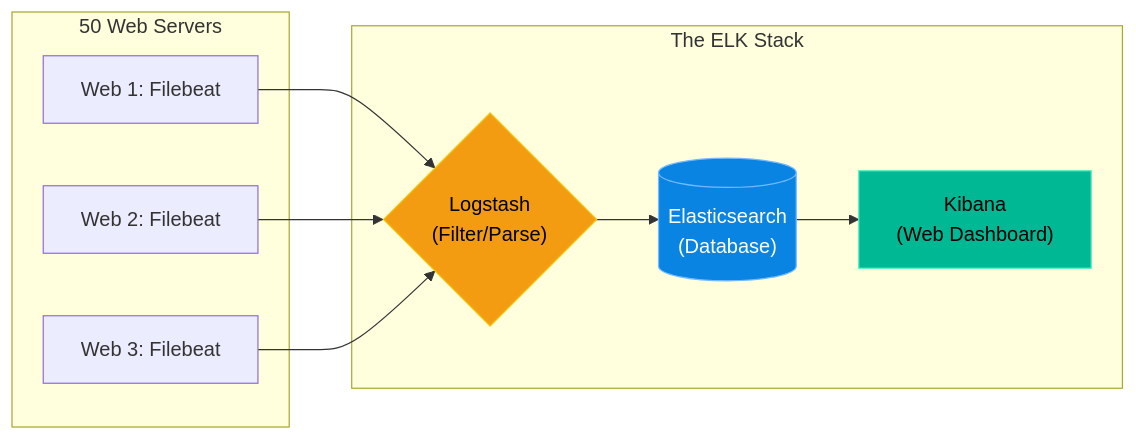
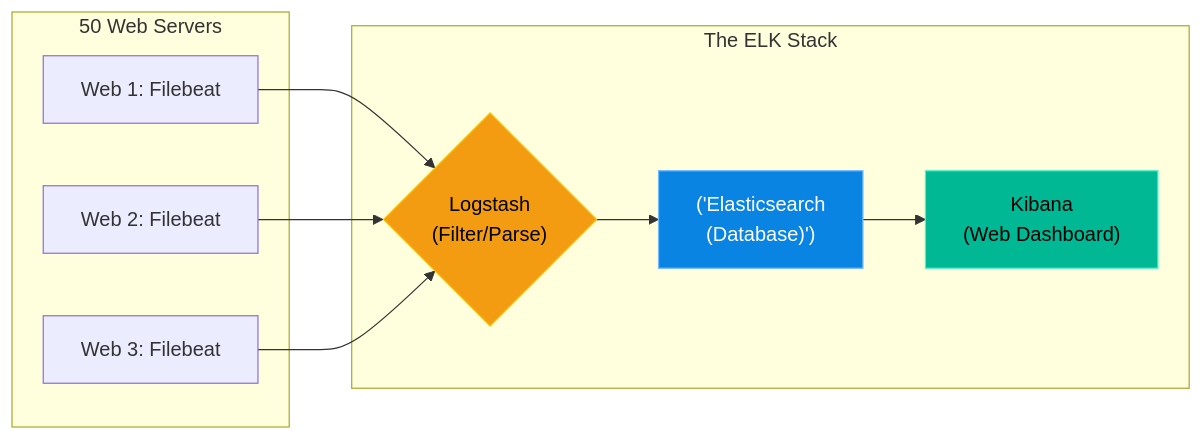
Before and after one commit to laxya911/linux-support-engineer-master-handbook: the diagram in volumes/volume-03-enterprise-linux-services/chapters/V3-C17-centralized-logging.md, drawn with Mermaid. The commit also changed 101 other files, not shown here.

Commit message:
Fix mermaid syntax across all chapters

````diff
--- a/volumes/volume-03-enterprise-linux-services/chapters/V3-C17-centralized-logging.md
+++ b/volumes/volume-03-enterprise-linux-services/chapters/V3-C17-centralized-logging.md
@@ -43,22 +43,22 @@
 ```mermaid
 flowchart LR
     subgraph 50 Web Servers
-        A[Web 1: Filebeat]
-        B[Web 2: Filebeat]
-        C[Web 3: Filebeat]
+        A["Web 1: Filebeat"]
+        B["Web 2: Filebeat"]
+        C["Web 3: Filebeat"]
     end
     
     subgraph The ELK Stack
         A --> D{"Logstash \n (Filter/Parse)"}
         B --> D
         C --> D
         
-        D --> E[("Elasticsearch \n (Database)")]
+        D --> E["('Elasticsearch \n (Database)')"]
         
         E --> F["Kibana \n (Web Dashboard)"]
     end
     
     style D fill:#f39c12,stroke:#f1c40f,color:#000
     style E fill:#0984e3,stroke:#74b9ff,color:#fff
     style F fill:#00b894,stroke:#55efc4,color:#000
 ```
````
